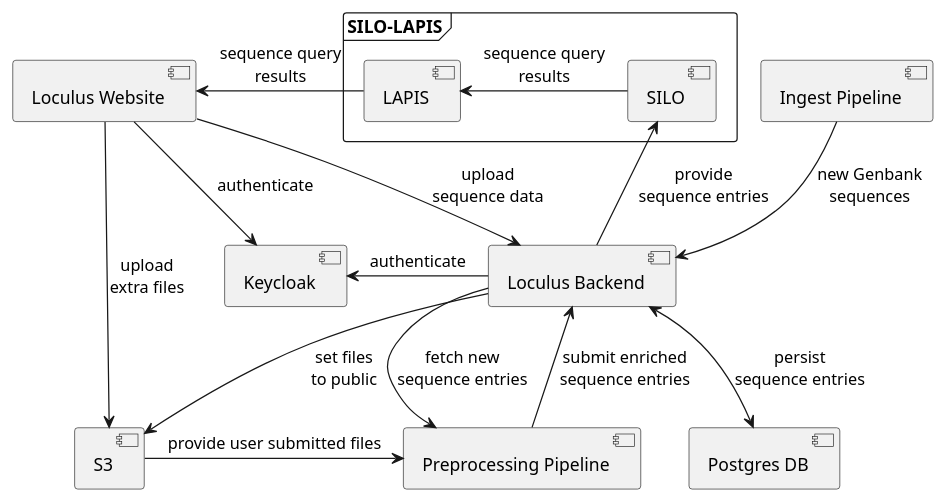
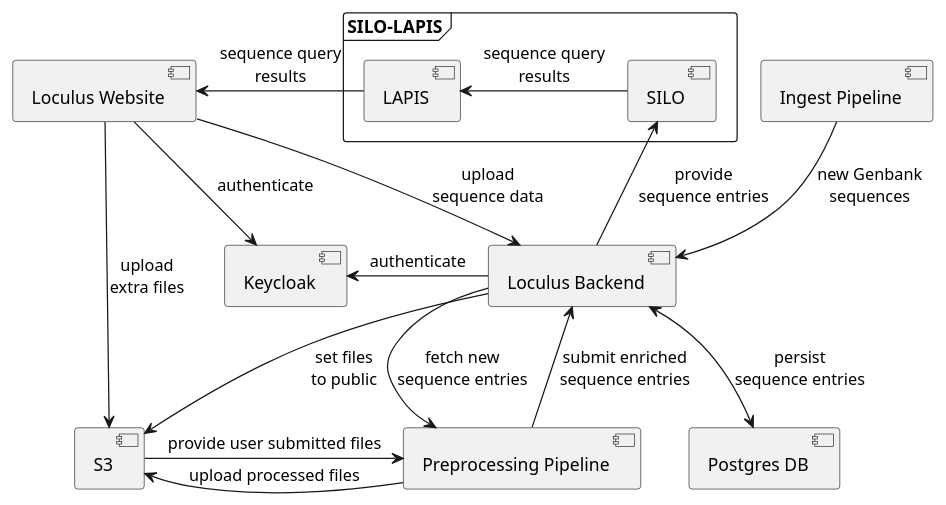
The diagram in backend/docs/plantuml/architectureOverview.puml (loculus-project/loculus), drawn with PlantUML before and after one commit. The commit also changed 2 other files, not shown here.

Commit message:
Add arrow to diagram

```diff
--- a/backend/docs/plantuml/architectureOverview.puml
+++ b/backend/docs/plantuml/architectureOverview.puml
@@ -1,39 +1,40 @@
 @startuml
 
 component "Loculus Website" as Website
 
 together {
     component "Loculus Backend" as Backend
     component Keycloak
 }
 
 component "Postgres DB" as Postgres
 component S3
 
 component "Preprocessing Pipeline" as Preprocessing
 component "Ingest Pipeline" as Ingest
 
 
 frame SILO-LAPIS {
     component SILO
     component LAPIS
 }
 
 Website --> Keycloak : authenticate
 Backend -left-> Keycloak : authenticate
 
 Website -down-> Backend : upload\nsequence data
 Backend --> Preprocessing : fetch new\nsequence entries
 Backend <-- Preprocessing : submit enriched\nsequence entries
 Backend <--> Postgres : persist\nsequence entries
 Ingest --> Backend : new Genbank\nsequences
 
 Backend -up-> SILO: provide\nsequence entries
 LAPIS -left-> Website : sequence query\nresults
 LAPIS <-right- SILO : sequence query\nresults
 
 Website -> S3: upload\nextra files
 Backend --> S3: set files\nto public
 S3 -right-> Preprocessing: provide user submitted files
+Preprocessing -left-> S3: upload processed files
 
 @enduml
```
